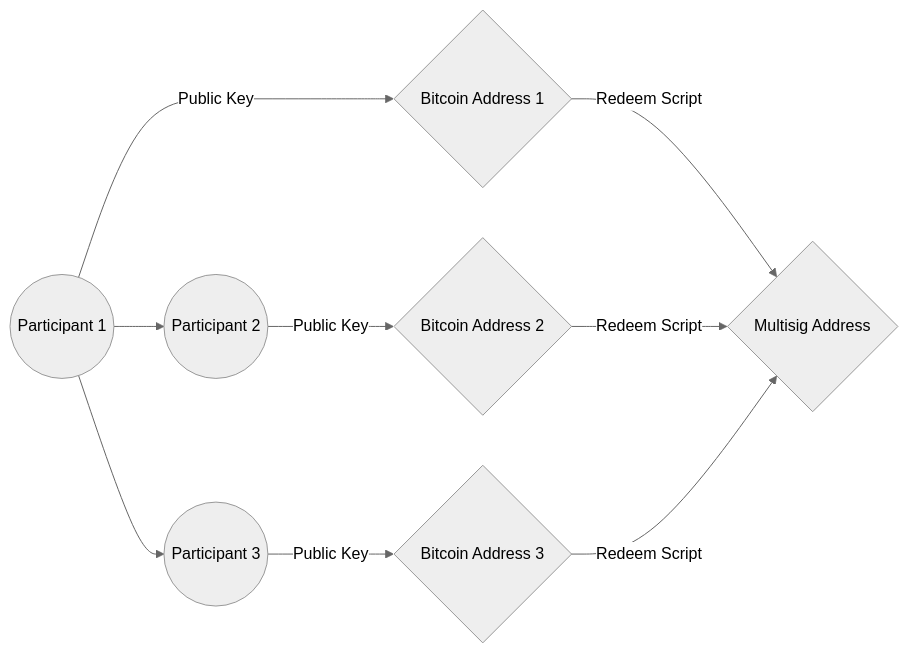
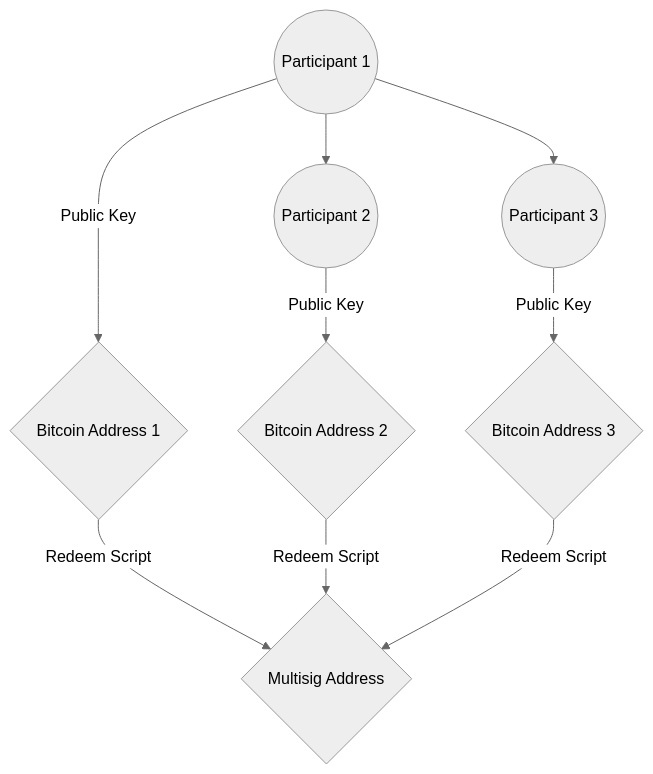
Before and after one commit to Perlyweb/eureka: the diagram in content/bitcoin/multisig-mermaid.md, drawn with Mermaid (neutral theme).

```diff
--- a/content/bitcoin/multisig-mermaid.md
+++ b/content/bitcoin/multisig-mermaid.md
@@ -21,11 +21,11 @@
 <div class="mermaid">
- graph LR
+ graph TD
     A((Participant 1)) -- Public Key --> B{Bitcoin Address 1}
     A --> C((Participant 2)) 
     A --> D((Participant 3)) 
     C -- Public Key --> E{Bitcoin Address 2}
     D -- Public Key --> F{Bitcoin Address 3}
     B -- Redeem Script --> G{Multisig Address}
     E -- Redeem Script --> G
     F -- Redeem Script --> G
 </div>
```
